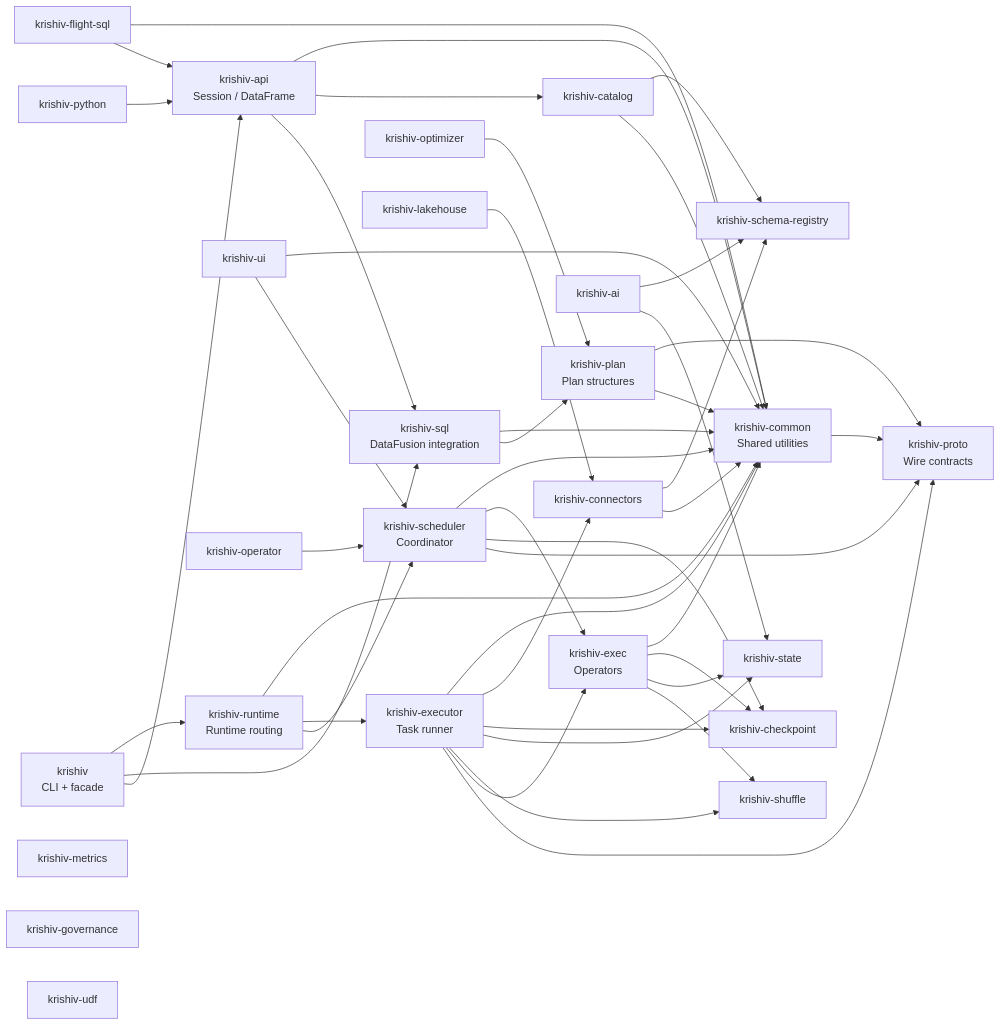
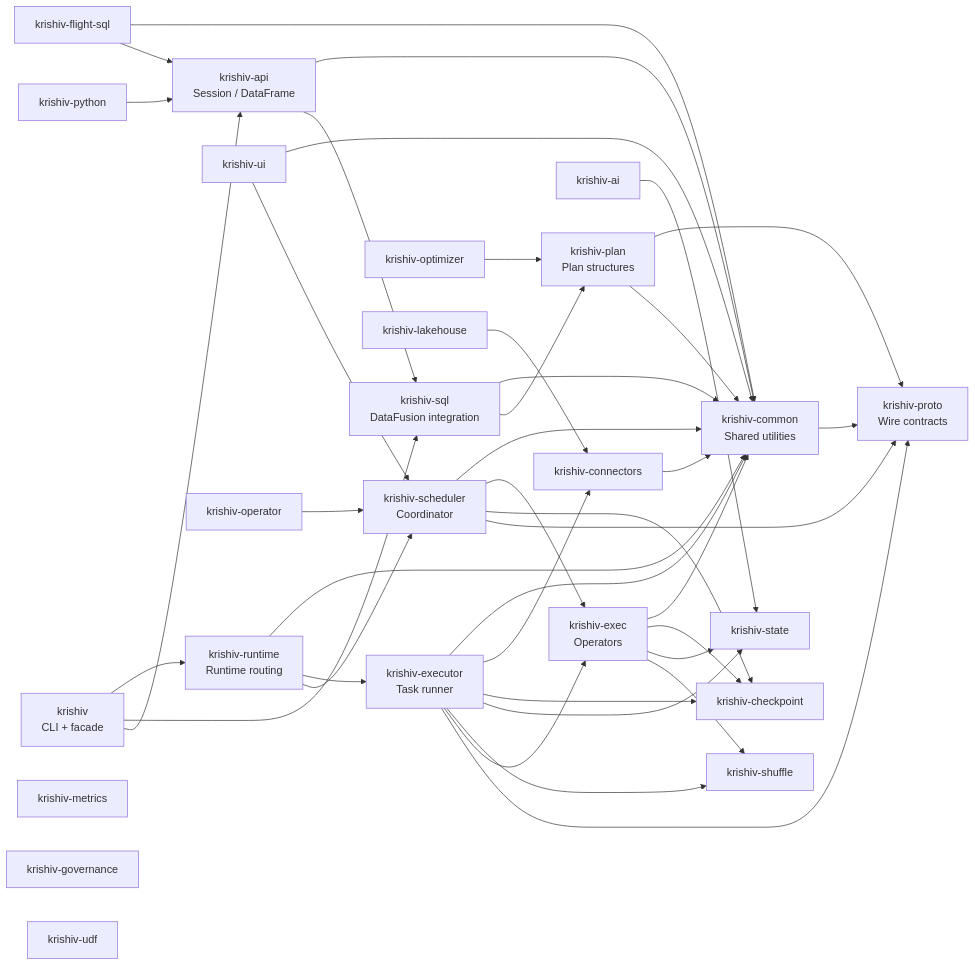
The second of 4 diagrams in docs/architecture.md (KrishivAI/krishiv), drawn with Mermaid before and after one commit. The commit also changed other lines of this file and 20 other files, not shown here.

````diff
--- a/docs/architecture.md
+++ b/docs/architecture.md
@@ -105,74 +105,67 @@
 ```mermaid
 flowchart LR
   CLI["krishiv<br/>CLI + facade"]
   API["krishiv-api<br/>Session / DataFrame"]
   SQL["krishiv-sql<br/>DataFusion integration"]
   PLAN["krishiv-plan<br/>Plan structures"]
   RUNTIME["krishiv-runtime<br/>Runtime routing"]
   SCHED["krishiv-scheduler<br/>Coordinator"]
   EXEC["krishiv-exec<br/>Operators"]
   EXECUTOR["krishiv-executor<br/>Task runner"]
   PROTO["krishiv-proto<br/>Wire contracts"]
   SHUFFLE["krishiv-shuffle"]
   STATE["krishiv-state"]
   CKPT["krishiv-checkpoint"]
   CONN["krishiv-connectors"]
-  CATALOG["krishiv-catalog"]
   OPT["krishiv-optimizer"]
   COMMON["krishiv-common<br/>Shared utilities"]
   FLIGHT["krishiv-flight-sql"]
   PYTHON["krishiv-python"]
   UI["krishiv-ui"]
   METRICS["krishiv-metrics"]
   GOV["krishiv-governance"]
   UDF["krishiv-udf"]
   AI["krishiv-ai"]
-  SR["krishiv-schema-registry"]
   OPS["krishiv-operator"]
   LH["krishiv-lakehouse"]
 
   CLI --> API
   CLI --> SQL
   CLI --> RUNTIME
   API --> SQL
-  API --> CATALOG
   API --> COMMON
   SQL --> PLAN
   SQL --> COMMON
   PLAN --> COMMON
   PLAN --> PROTO
   RUNTIME --> SCHED
   RUNTIME --> EXECUTOR
   RUNTIME --> COMMON
   SCHED --> PROTO
   SCHED --> CKPT
   SCHED --> EXEC
   SCHED --> COMMON
   EXECUTOR --> PROTO
   EXECUTOR --> EXEC
   EXECUTOR --> SHUFFLE
   EXECUTOR --> STATE
   EXECUTOR --> CKPT
   EXECUTOR --> CONN
   EXECUTOR --> COMMON
   EXEC --> SHUFFLE
   EXEC --> STATE
   EXEC --> CKPT
   EXEC --> COMMON
   CONN --> COMMON
-  CONN --> SR
-  CATALOG --> COMMON
-  CATALOG --> SR
   OPT --> PLAN
   FLIGHT --> API
   FLIGHT --> COMMON
   PYTHON --> API
   UI --> SCHED
   UI --> COMMON
   OPS --> SCHED
   LH --> CONN
   AI --> STATE
-  AI --> SR
 
   COMMON --> PROTO
 ```
````
